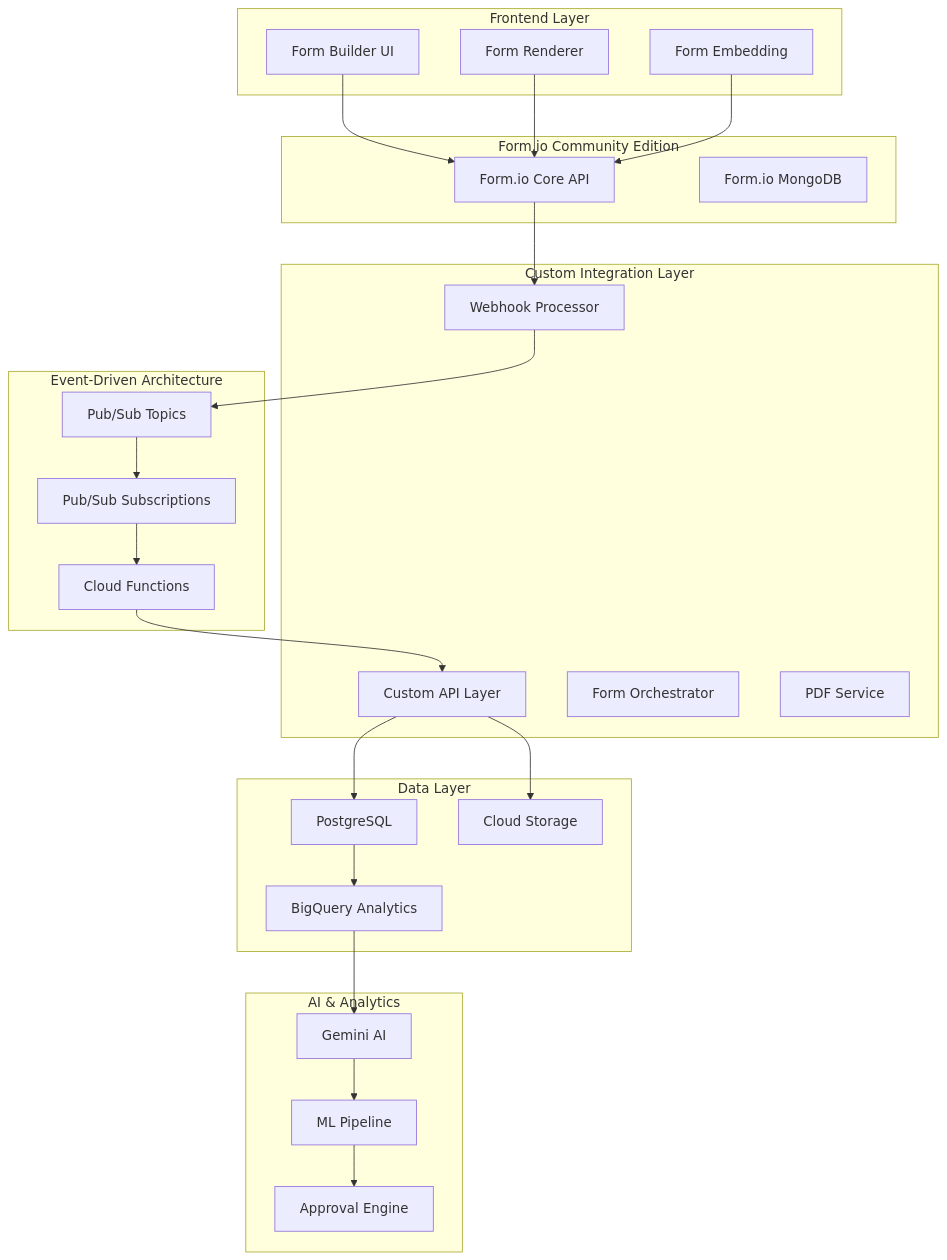
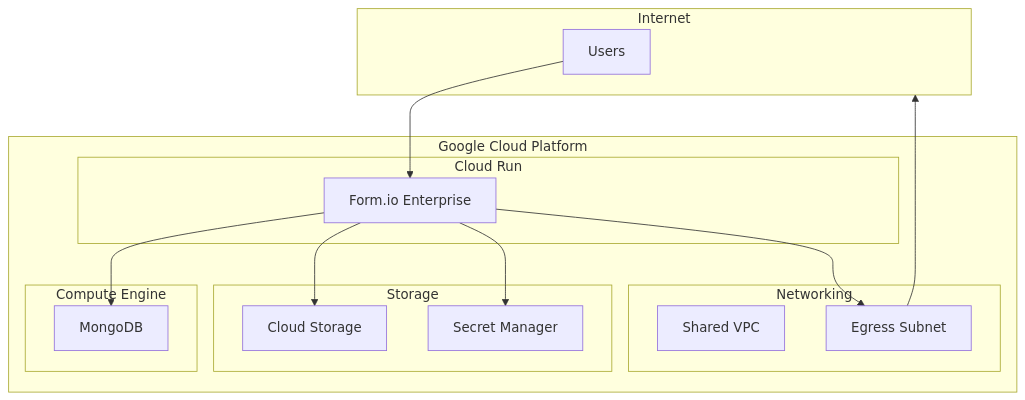
The diagram in docs/architecture.md (mishaal79/dss-formio-service), drawn with Mermaid before and after one commit. The commit also changed other lines of this file and 27 other files, not shown here.

First line of the commit message:
refactor: migrate to shared VPC architecture and remove networking module

````diff
--- a/docs/architecture.md
+++ b/docs/architecture.md
@@ -11,53 +9,33 @@
 ```mermaid
 graph TB
-    subgraph "Frontend Layer"
-        FB[Form Builder UI]
-        FR[Form Renderer]
-        FE[Form Embedding]
+    subgraph "Internet"
+        U[Users]
     end
     
-    subgraph "Form.io Community Edition"
-        FC[Form.io Core API]
-        FDB[Form.io MongoDB]
+    subgraph "Google Cloud Platform"
+        subgraph "Cloud Run"
+            FE[Form.io Enterprise]
+        end
+        
+        subgraph "Compute Engine"
+            MDB[MongoDB]
+        end
+        
+        subgraph "Storage"
+            GCS[Cloud Storage]
+            SM[Secret Manager]
+        end
+        
+        subgraph "Networking"
+            VPC[Shared VPC]
+            ES[Egress Subnet]
+        end
     end
     
-    subgraph "Custom Integration Layer"
-        API[Custom API Layer]
-        WP[Webhook Processor]
-        FO[Form Orchestrator]
-        PS[PDF Service]
-    end
-    
-    subgraph "Event-Driven Architecture"
-        PS_TOPIC[Pub/Sub Topics]
-        PS_SUB[Pub/Sub Subscriptions]
-        CF[Cloud Functions]
-    end
-    
-    subgraph "Data Layer"
-        PG[PostgreSQL]
-        GCS[Cloud Storage]
-        BQ[BigQuery Analytics]
-    end
-    
-    subgraph "AI & Analytics"
-        GA[Gemini AI]
-        ML[ML Pipeline]
-        AP[Approval Engine]
-    end
-    
-    FB --> FC
-    FR --> FC
-    FE --> FC
-    FC --> WP
-    WP --> PS_TOPIC
-    PS_TOPIC --> PS_SUB
-    PS_SUB --> CF
-    CF --> API
-    API --> PG
-    API --> GCS
-    PG --> BQ
-    BQ --> GA
-    GA --> ML
-    ML --> AP
+    U --> FE
+    FE --> MDB
+    FE --> GCS
+    FE --> SM
+    FE --> ES
+    ES --> Internet
 ```
````
